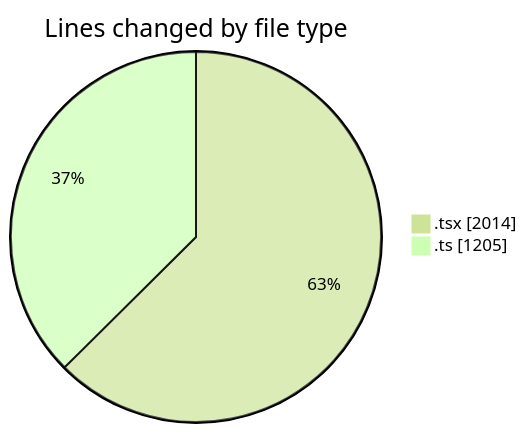
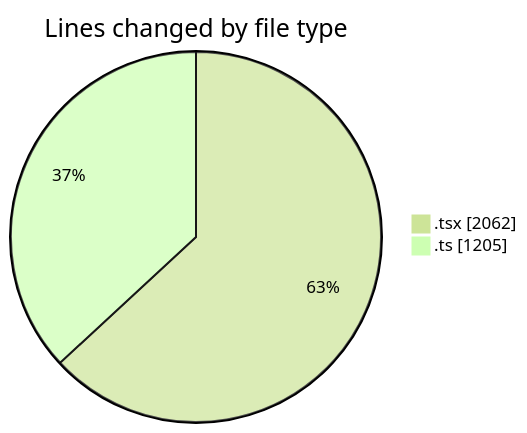
The first of 2 diagrams in 2026-02-18/nxtqube_webapp/README.md (nxtqubesakshisongat/code-tracking), drawn with Mermaid (forest theme) before and after one commit. The commit also changed other lines of this file and 1 other file, not shown here.

````diff
--- a/2026-02-18/nxtqube_webapp/README.md
+++ b/2026-02-18/nxtqube_webapp/README.md
@@ -26,6 +26,6 @@
 ```mermaid
 pie showData
 title Lines changed by file type
-".tsx" : 2014
+".tsx" : 2062
 ".ts" : 1205
 ```
````
